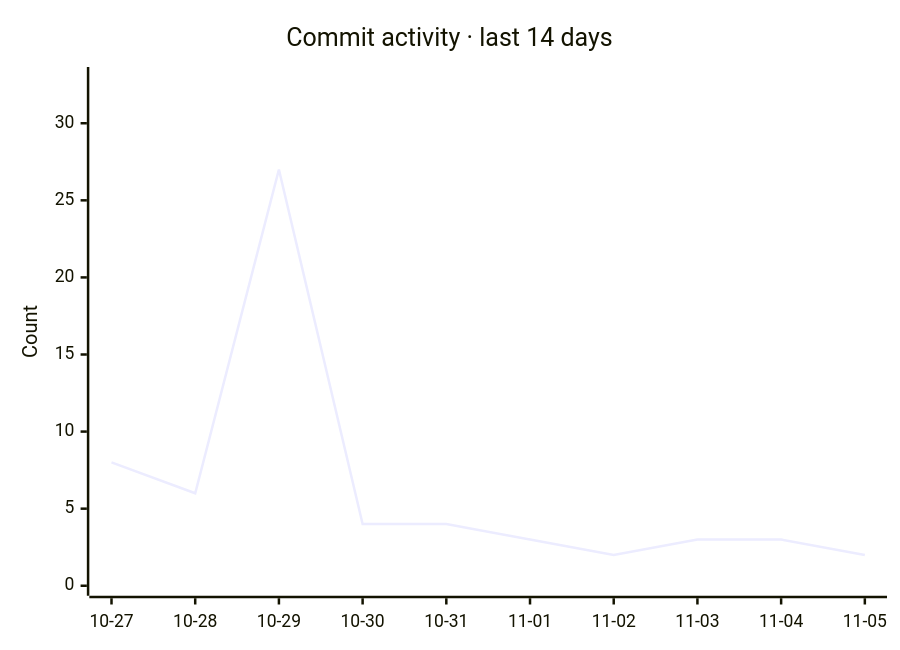
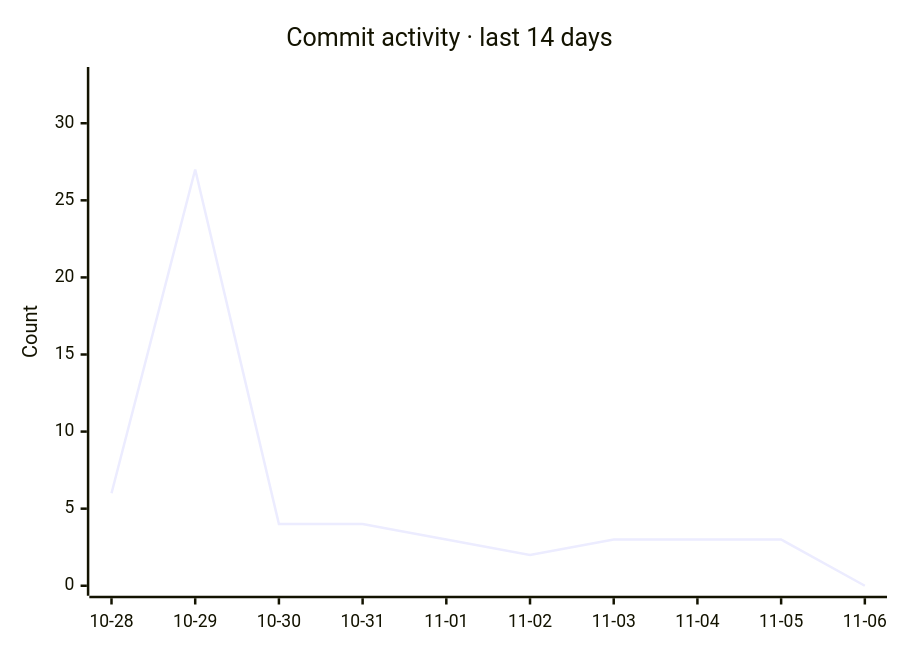
Before and after one commit to razzaqinspires/whiskay-bot: the second of 2 diagrams in README.md, drawn with Mermaid. The commit also changed other lines of this file and 2 other files, not shown here.

Commit message:
chore(metrics): refresh GitHub traffic and update timestamp [skip ci]

````diff
--- a/README.md
+++ b/README.md
@@ -329,7 +329,7 @@
 ```mermaid
 xychart-beta
     title "Commit activity · last 14 days"
-    x-axis ["10-27", "10-28", "10-29", "10-30", "10-31", "11-01", "11-02", "11-03", "11-04", "11-05"]
+    x-axis ["10-28", "10-29", "10-30", "10-31", "11-01", "11-02", "11-03", "11-04", "11-05", "11-06"]
     y-axis "Count" 0 --> 33
-    line [8, 6, 27, 4, 4, 3, 2, 3, 3, 2]
+    line [6, 27, 4, 4, 3, 2, 3, 3, 3, 0]
 ```
````
